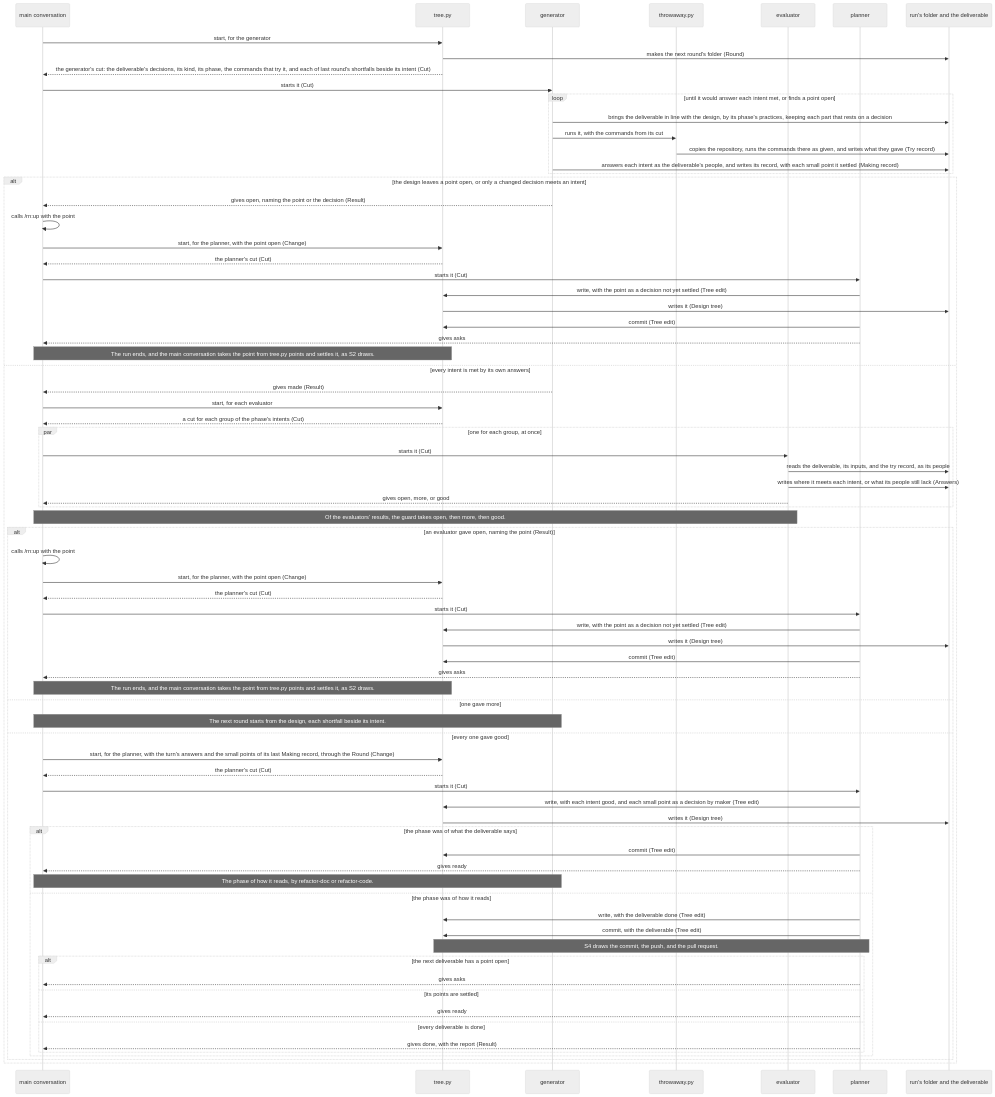
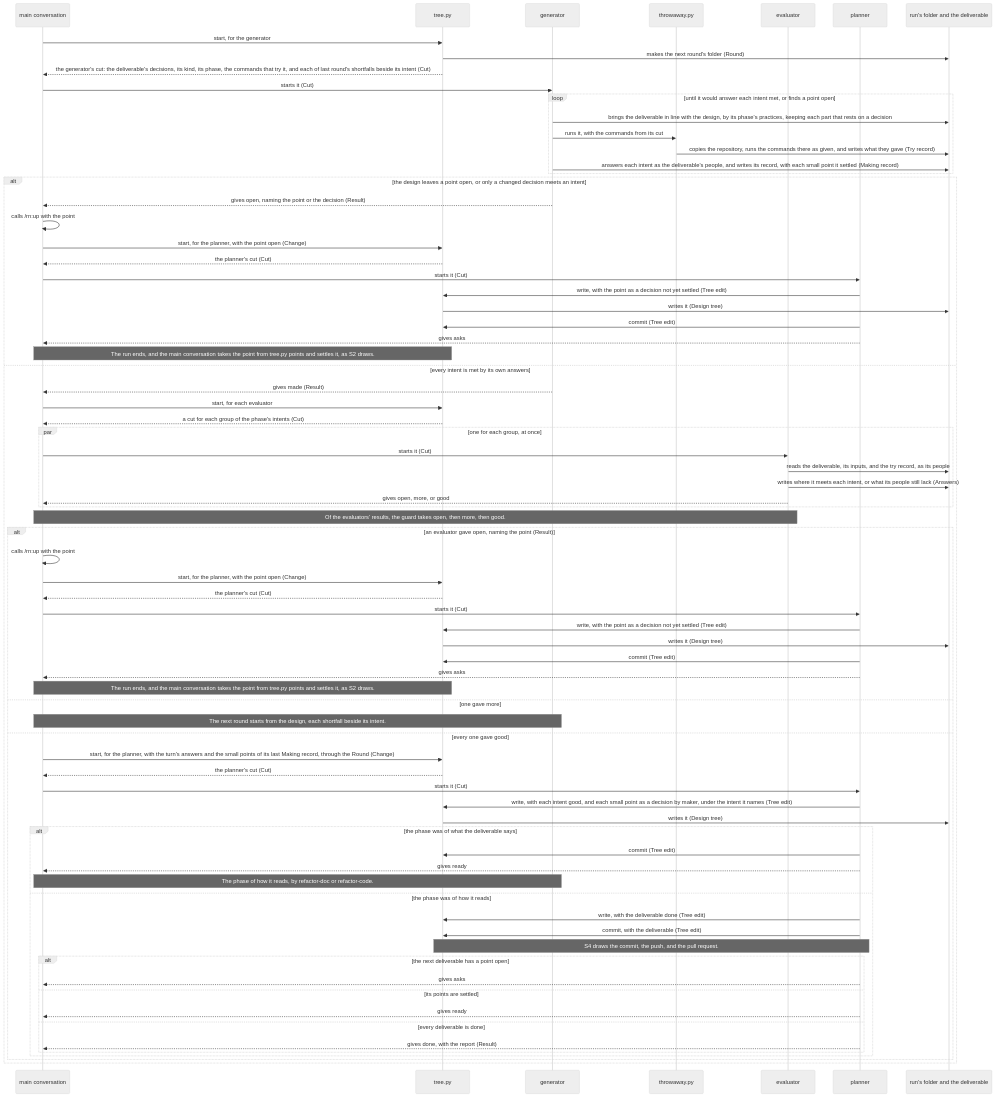
One commit to lovaizu/ccpm changed the third of 6 diagrams in dev/rn/architecture.md. Above: the diagram before and after it, drawn with Mermaid (neutral theme). The commit also changed other lines of this file and 4 other files, not shown here.

````diff
--- a/dev/rn/architecture.md
+++ b/dev/rn/architecture.md
@@ -539,78 +544,78 @@
 ```mermaid
 sequenceDiagram
   participant M as main conversation
   participant T as tree.py
   participant G as generator
   participant W as throwaway.py
   participant E as evaluator
   participant P as planner
   participant R as run's folder and the deliverable
   M->>T: start, for the generator
   T->>R: makes the next round's folder (Round)
   T-->>M: the generator's cut: the deliverable's decisions, its kind, its phase, the commands that try it, and each of last round's shortfalls beside its intent (Cut)
   M->>G: starts it (Cut)
   loop until it would answer each intent met, or finds a point open
     G->>R: brings the deliverable in line with the design, by its phase's practices, keeping each part that rests on a decision
     G->>W: runs it, with the commands from its cut
     W->>R: copies the repository, runs the commands there as given, and writes what they gave (Try record)
     G->>R: answers each intent as the deliverable's people, and writes its record, with each small point it settled (Making record)
   end
   alt the design leaves a point open, or only a changed decision meets an intent
     G-->>M: gives open, naming the point or the decision (Result)
     M->>M: calls /rn:up with the point
     M->>T: start, for the planner, with the point open (Change)
     T-->>M: the planner's cut (Cut)
     M->>P: starts it (Cut)
     P->>T: write, with the point as a decision not yet settled (Tree edit)
     T->>R: writes it (Design tree)
     P->>T: commit (Tree edit)
     P-->>M: gives asks
     Note over M,T: The run ends, and the main conversation takes the point from tree.py points and settles it, as S2 draws.
   else every intent is met by its own answers
     G-->>M: gives made (Result)
     M->>T: start, for each evaluator
     T-->>M: a cut for each group of the phase's intents (Cut)
     par one for each group, at once
       M->>E: starts it (Cut)
       E->>R: reads the deliverable, its inputs, and the try record, as its people
       E->>R: writes where it meets each intent, or what its people still lack (Answers)
       E-->>M: gives open, more, or good
     end
     Note over M,E: Of the evaluators' results, the guard takes open, then more, then good.
     alt an evaluator gave open, naming the point (Result)
       M->>M: calls /rn:up with the point
       M->>T: start, for the planner, with the point open (Change)
       T-->>M: the planner's cut (Cut)
       M->>P: starts it (Cut)
       P->>T: write, with the point as a decision not yet settled (Tree edit)
       T->>R: writes it (Design tree)
       P->>T: commit (Tree edit)
       P-->>M: gives asks
       Note over M,T: The run ends, and the main conversation takes the point from tree.py points and settles it, as S2 draws.
     else one gave more
       Note over M,G: The next round starts from the design, each shortfall beside its intent.
     else every one gave good
       M->>T: start, for the planner, with the turn's answers and the small points of its last Making record, through the Round (Change)
       T-->>M: the planner's cut (Cut)
       M->>P: starts it (Cut)
-      P->>T: write, with each intent good, and each small point as a decision by maker (Tree edit)
+      P->>T: write, with each intent good, and each small point as a decision by maker, under the intent it names (Tree edit)
       T->>R: writes it (Design tree)
       alt the phase was of what the deliverable says
         P->>T: commit (Tree edit)
         P-->>M: gives ready
         Note over M,G: The phase of how it reads, by refactor-doc or refactor-code.
       else the phase was of how it reads
         P->>T: write, with the deliverable done (Tree edit)
         P->>T: commit, with the deliverable (Tree edit)
         Note over P,T: S4 draws the commit, the push, and the pull request.
         alt the next deliverable has a point open
           P-->>M: gives asks
         else its points are settled
           P-->>M: gives ready
         else every deliverable is done
           P-->>M: gives done, with the report (Result)
         end
       end
     end
   end
 ```
````
